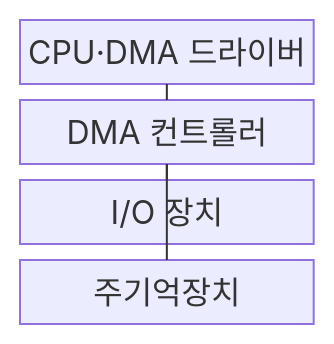
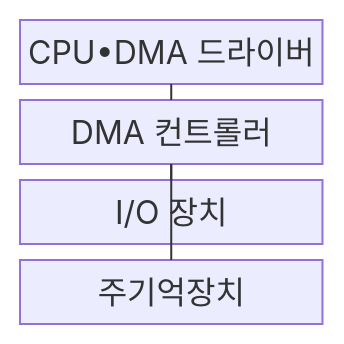
One commit to agnusdei1207/knowledge-base changed the first of 2 diagrams in src/content/docs/notes/02-hardware/035_dma.md. Above: the diagram before and after it, drawn with Mermaid. The commit also changed other lines of this file and 953 other files, not shown here.

````diff
--- a/src/content/docs/notes/02-hardware/035_dma.md
+++ b/src/content/docs/notes/02-hardware/035_dma.md
@@ -68,11 +68,11 @@
 ```mermaid
 block
     columns 1
-    C["CPU·DMA 드라이버"]
+    C["CPU•DMA 드라이버"]
     D["DMA 컨트롤러"]
     I["I/O 장치"]
     M["주기억장치"]
     C --- D
     D --- I
     D --- M
 ```
````
